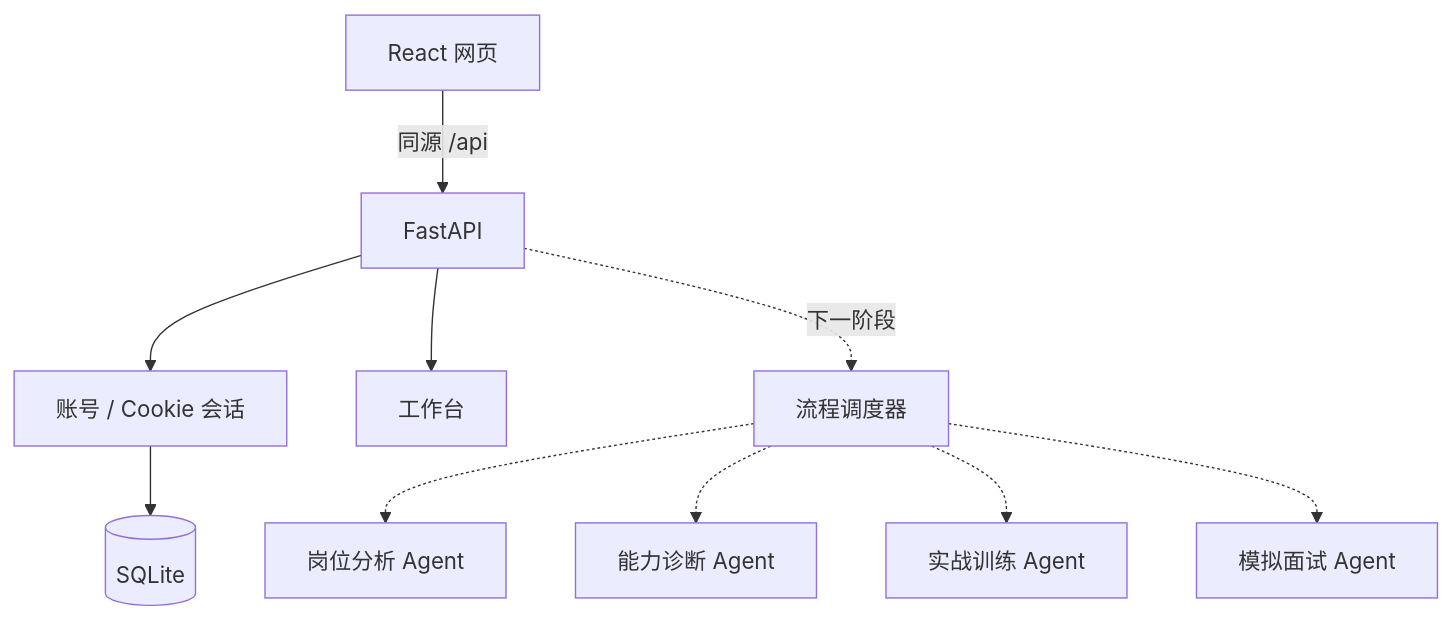
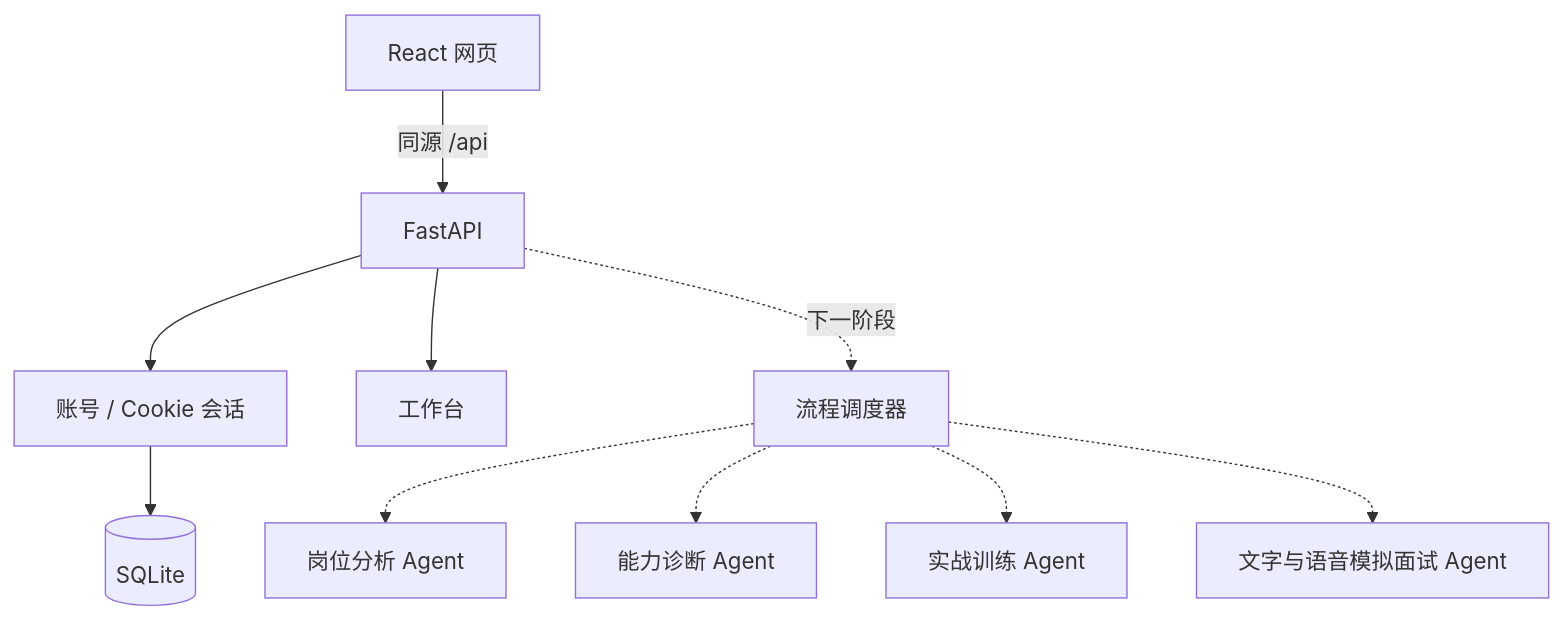
One commit to nnfgl/offer-route changed the diagram in docs/architecture.md. Above: the diagram before and after it, drawn with Mermaid. The commit also changed other lines of this file and 4 other files, not shown here.

````diff
--- a/docs/architecture.md
+++ b/docs/architecture.md
@@ -3,12 +3,12 @@
 ```mermaid
 flowchart TD
     Browser[React 网页] -->|同源 /api| API[FastAPI]
     API --> Auth[账号 / Cookie 会话]
     API --> Workspace[工作台]
     Auth --> DB[(SQLite)]
     API -. 下一阶段 .-> Flow[流程调度器]
     Flow -.-> Job[岗位分析 Agent]
     Flow -.-> Diagnosis[能力诊断 Agent]
     Flow -.-> Training[实战训练 Agent]
-    Flow -.-> Interview[模拟面试 Agent]
+    Flow -.-> Interview[文字与语音模拟面试 Agent]
 ```
````
